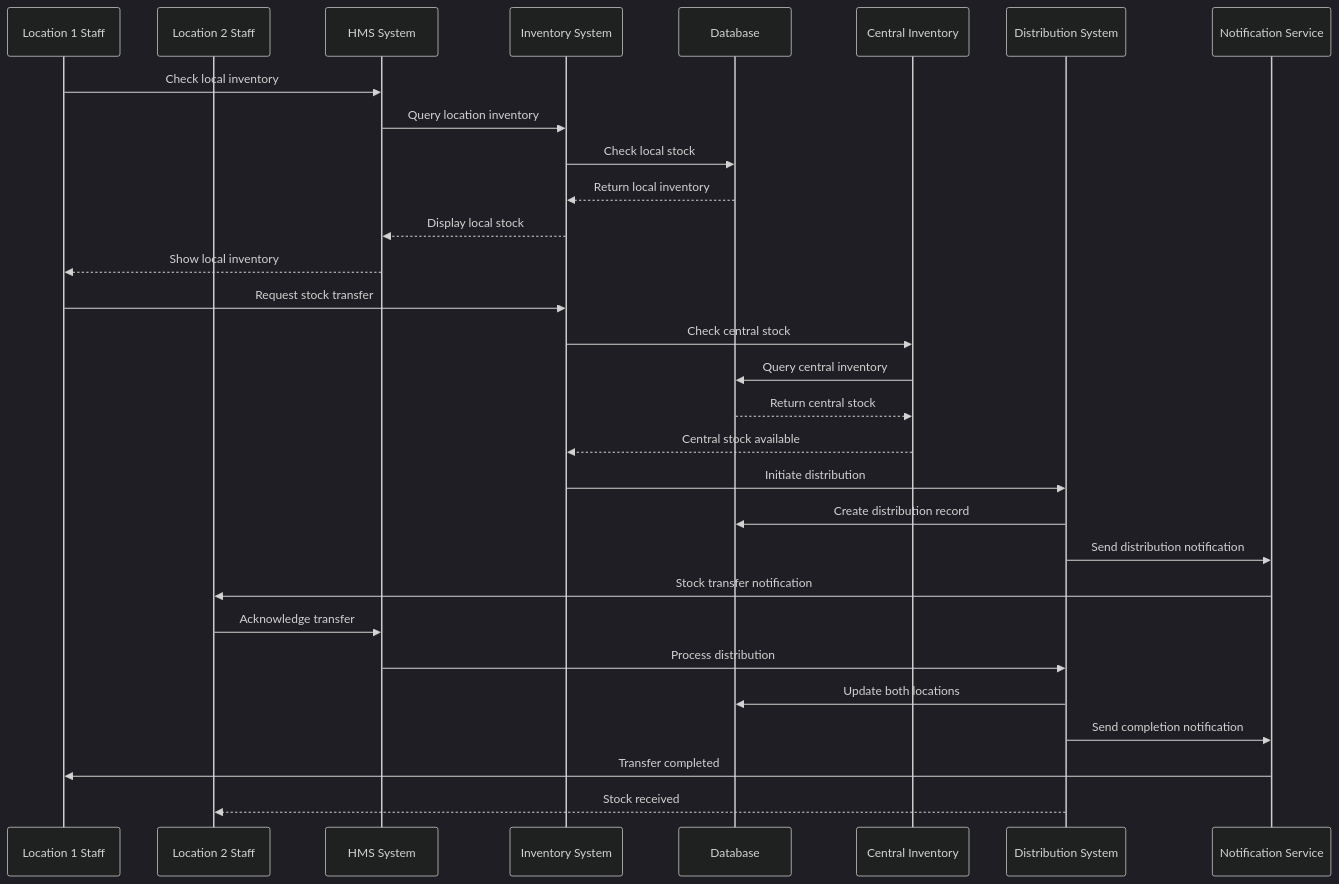
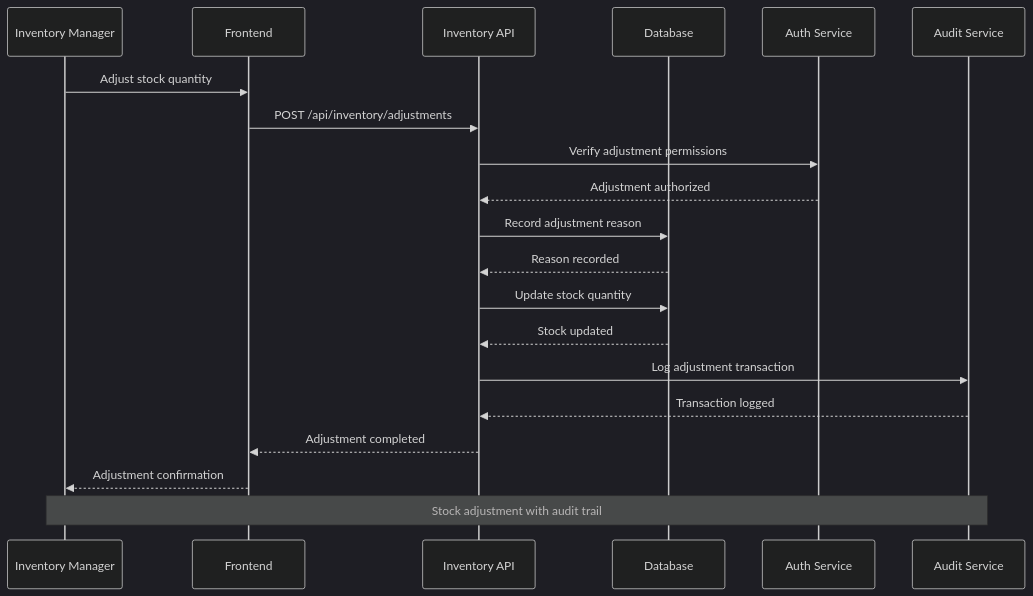
The ninth of 10 diagrams in sequence-diagrams/inventory-management-sequence.md (harcop/limises), drawn with Mermaid (dark theme) before and after one commit. The commit also changed other lines of this file and 6 other files, not shown here.

````diff
--- a/sequence-diagrams/inventory-management-sequence.md
+++ b/sequence-diagrams/inventory-management-sequence.md
@@ -350,33 +267,29 @@
 ```mermaid
 sequenceDiagram
-    participant LOC1 as Location 1 Staff
-    participant LOC2 as Location 2 Staff
-    participant HMS as HMS System
-    participant INVENTORY as Inventory System
+    participant Staff as Inventory Manager
+    participant Frontend as Frontend
+    participant API as Inventory API
     participant DB as Database
-    participant CENTRAL as Central Inventory
-    participant DISTRIBUTION as Distribution System
-    participant NOT as Notification Service
+    participant Auth as Auth Service
+    participant Audit as Audit Service
 
-    LOC1->>HMS: Check local inventory
-    HMS->>INVENTORY: Query location inventory
-    INVENTORY->>DB: Check local stock
-    DB-->>INVENTORY: Return local inventory
-    INVENTORY-->>HMS: Display local stock
-    HMS-->>LOC1: Show local inventory
-    LOC1->>INVENTORY: Request stock transfer
-    INVENTORY->>CENTRAL: Check central stock
-    CENTRAL->>DB: Query central inventory
-    DB-->>CENTRAL: Return central stock
-    CENTRAL-->>INVENTORY: Central stock available
-    INVENTORY->>DISTRIBUTION: Initiate distribution
-    DISTRIBUTION->>DB: Create distribution record
-    DISTRIBUTION->>NOT: Send distribution notification
-    NOT->>LOC2: Stock transfer notification
-    LOC2->>HMS: Acknowledge transfer
-    HMS->>DISTRIBUTION: Process distribution
-    DISTRIBUTION->>DB: Update both locations
-    DISTRIBUTION->>NOT: Send completion notification
-    NOT->>LOC1: Transfer completed
-    DISTRIBUTION-->>LOC2: Stock received
+    Staff->>Frontend: Adjust stock quantity
+    Frontend->>API: POST /api/inventory/adjustments
+    
+    API->>Auth: Verify adjustment permissions
+    Auth-->>API: Adjustment authorized
+    
+    API->>DB: Record adjustment reason
+    DB-->>API: Reason recorded
+    
+    API->>DB: Update stock quantity
+    DB-->>API: Stock updated
+    
+    API->>Audit: Log adjustment transaction
+    Audit-->>API: Transaction logged
+    
+    API-->>Frontend: Adjustment completed
+    Frontend-->>Staff: Adjustment confirmation
+    
+    Note over Staff, Audit: Stock adjustment with audit trail
 ```
````
